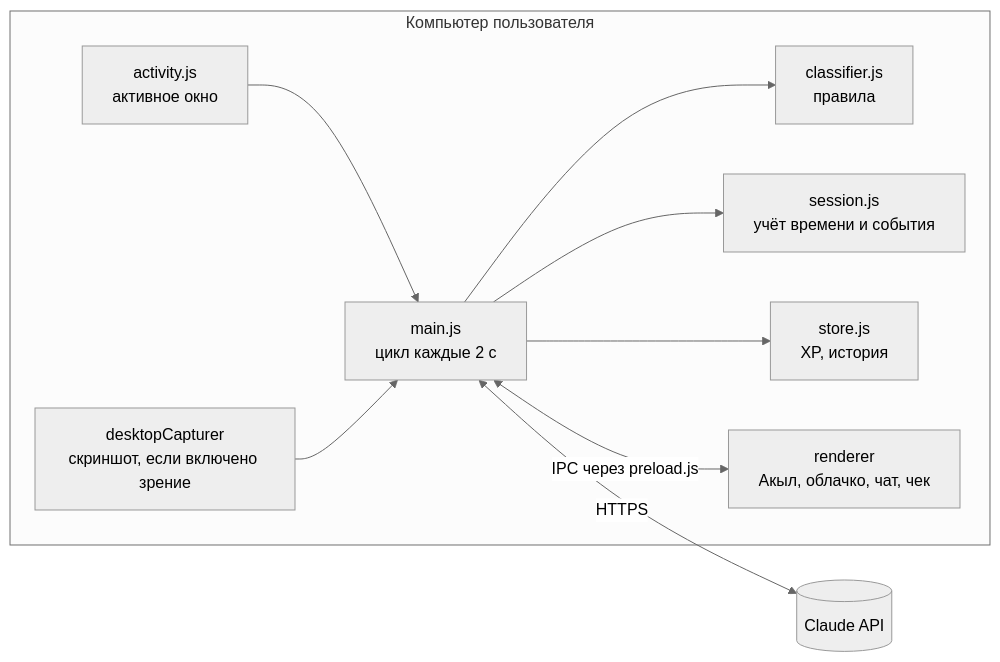
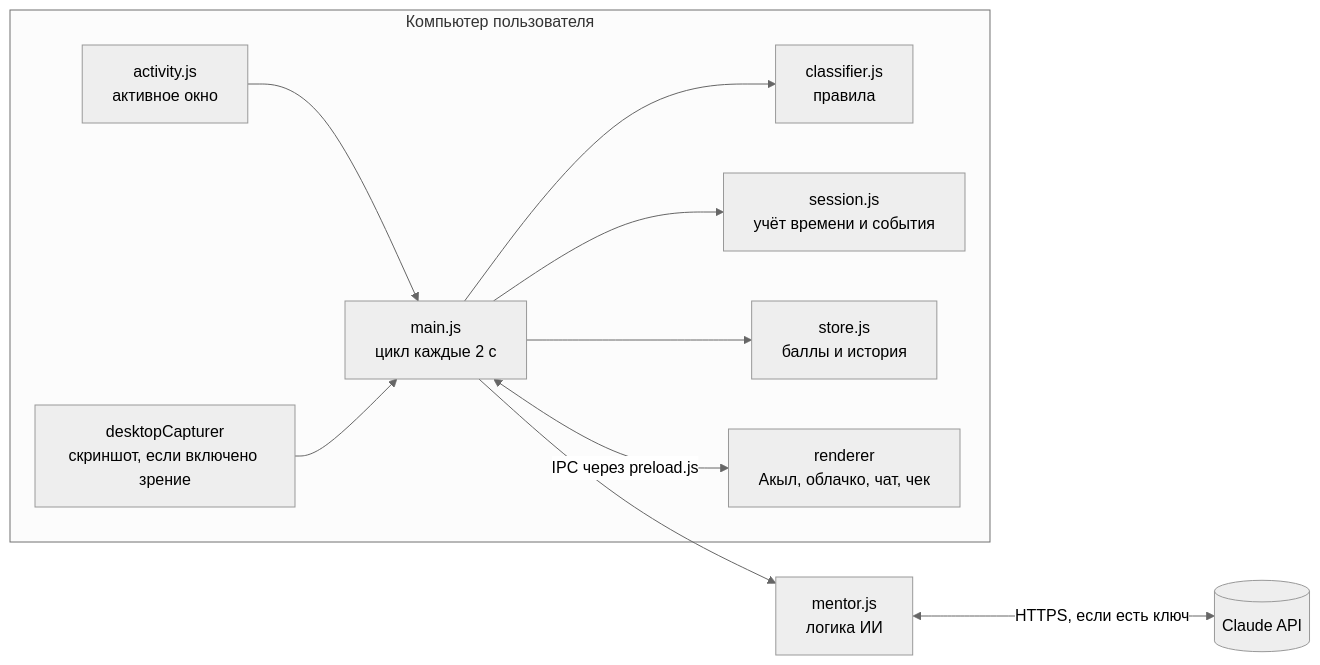
The diagram in README.md (Batmanchik/National-Founder-Cup-2026-), drawn with Mermaid (neutral theme) before and after one commit. The commit also changed other lines of this file, not shown here.

````diff
--- a/README.md
+++ b/README.md
@@ -50,12 +60,13 @@
 ```mermaid
 flowchart LR
   subgraph OS[Компьютер пользователя]
     AW[activity.js<br/>активное окно] --> MAIN
     SC[desktopCapturer<br/>скриншот, если включено зрение] --> MAIN
     MAIN[main.js<br/>цикл каждые 2 с] --> CL[classifier.js<br/>правила]
     MAIN --> SE[session.js<br/>учёт времени и события]
-    MAIN --> ST[store.js<br/>XP, история]
+    MAIN --> ST[store.js<br/>баллы и история]
     MAIN <-->|IPC через preload.js| UI[renderer<br/>Акыл, облачко, чат, чек]
   end
-  MAIN <-->|HTTPS| CLAUDE[(Claude API)]
+  MAIN --> MENTOR[mentor.js<br/>логика ИИ]
+  MENTOR <-->|HTTPS, если есть ключ| CLAUDE[(Claude API)]
 ```
````
